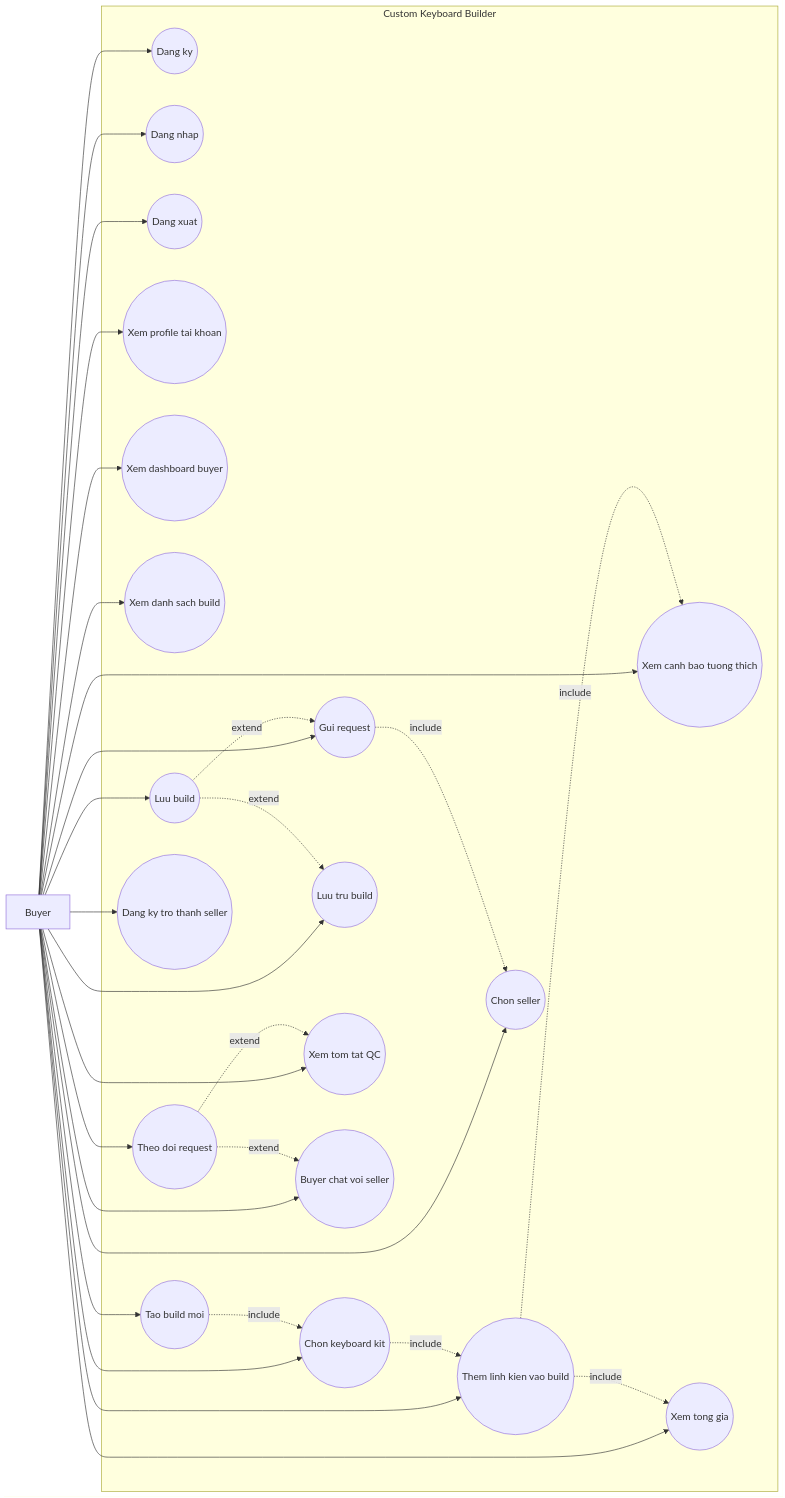
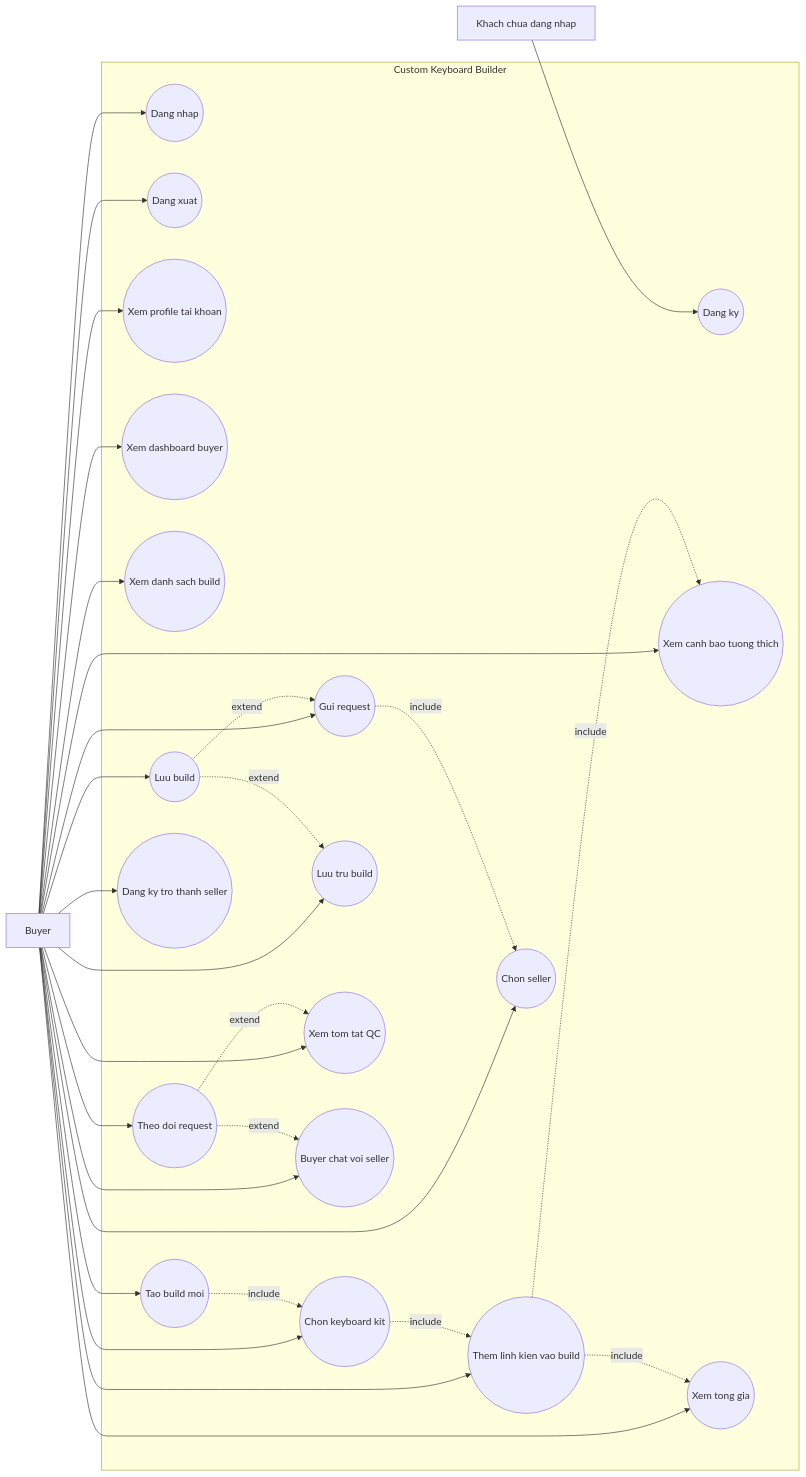
The first of 4 diagrams in Documents_Refactor/Custom_Keyboard_Use_Cases_Refactor.md (froynar/Custom_keyboard), drawn with Mermaid before and after one commit. The commit also changed other lines of this file and 194 other files, not shown here.

````diff
--- a/Documents_Refactor/Custom_Keyboard_Use_Cases_Refactor.md
+++ b/Documents_Refactor/Custom_Keyboard_Use_Cases_Refactor.md
@@ -14,57 +15,58 @@
 ```mermaid
 flowchart LR
+    Guest["Khach chua dang nhap"]
     Buyer["Buyer"]
 
     subgraph System["Custom Keyboard Builder"]
         UC11(("Dang ky"))
         UC12(("Dang nhap"))
         UC13(("Dang xuat"))
         UC14(("Xem profile tai khoan"))
 
         UC21(("Xem dashboard buyer"))
         UC22(("Xem danh sach build"))
         UC23(("Tao build moi"))
         UC24(("Chon keyboard kit"))
         UC25(("Them linh kien vao build"))
         UC26(("Xem canh bao tuong thich"))
         UC27(("Xem tong gia"))
         UC28(("Luu build"))
         UC29(("Chon seller"))
         UC210(("Gui request"))
         UC211(("Theo doi request"))
         UC212(("Luu tru build"))
         UC213(("Dang ky tro thanh seller"))
         UC214(("Xem tom tat QC"))
         UC51(("Buyer chat voi seller"))
     end
 
-    Buyer --> UC11
+    Guest --> UC11
     Buyer --> UC12
     Buyer --> UC13
     Buyer --> UC14
     Buyer --> UC21
     Buyer --> UC22
     Buyer --> UC23
     Buyer --> UC24
     Buyer --> UC25
     Buyer --> UC26
     Buyer --> UC27
     Buyer --> UC28
     Buyer --> UC29
     Buyer --> UC210
     Buyer --> UC211
     Buyer --> UC212
     Buyer --> UC213
     Buyer --> UC214
     Buyer --> UC51
 
     UC23 -. include .-> UC24
     UC24 -. include .-> UC25
     UC25 -. include .-> UC26
     UC25 -. include .-> UC27
     UC28 -. extend .-> UC210
     UC28 -. extend .-> UC212
     UC210 -. include .-> UC29
     UC211 -. extend .-> UC51
     UC211 -. extend .-> UC214
 ```
````
